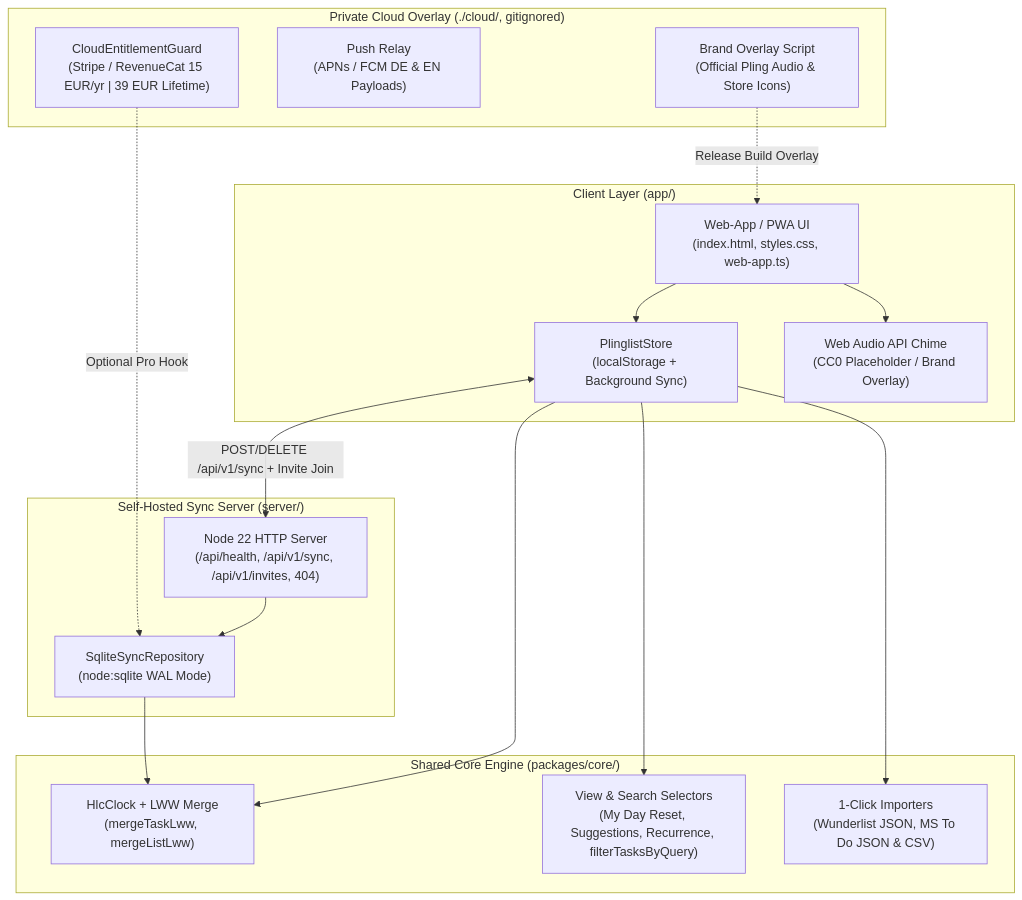
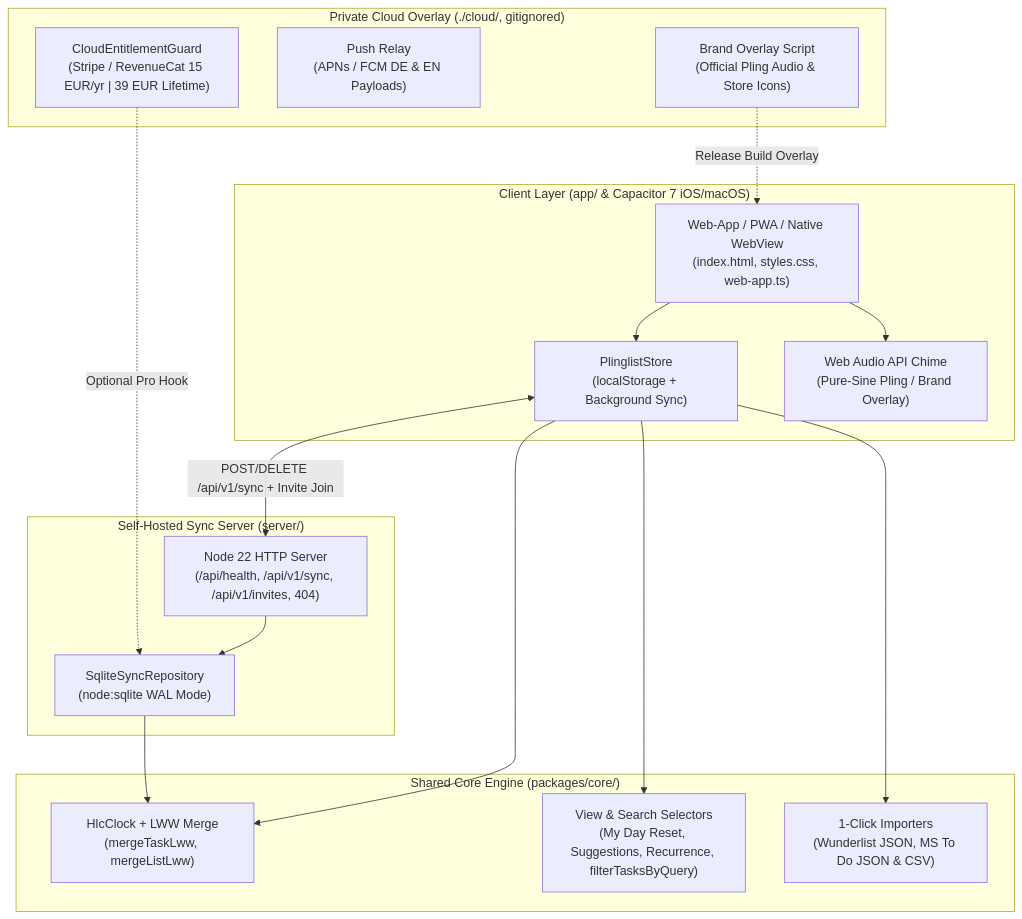
The diagram in ARCHITECTURE.md (thefraggle/plinglist), drawn with Mermaid before and after one commit. The commit also changed other lines of this file and 2 other files, not shown here.

Commit message:
docs: sync README, ARCHITECTURE and CHANGELOG with v0.1.19 iOS/macOS & audio updates

````diff
--- a/ARCHITECTURE.md
+++ b/ARCHITECTURE.md
@@ -19,36 +19,36 @@
 ```mermaid
 flowchart TB
-    subgraph Clients["Client Layer (app/)"]
-        WebUI["Web-App / PWA UI\n(index.html, styles.css, web-app.ts)"]
+    subgraph Clients["Client Layer (app/ & Capacitor 7 iOS/macOS)"]
+        WebUI["Web-App / PWA / Native WebView\n(index.html, styles.css, web-app.ts)"]
         Store["PlinglistStore\n(localStorage + Background Sync)"]
-        Audio["Web Audio API Chime\n(CC0 Placeholder / Brand Overlay)"]
+        Audio["Web Audio API Chime\n(Pure-Sine Pling / Brand Overlay)"]
         WebUI --> Store
         WebUI --> Audio
     end
 
     subgraph Core["Shared Core Engine (packages/core/)"]
         HLC["HlcClock + LWW Merge\n(mergeTaskLww, mergeListLww)"]
         Views["View & Search Selectors\n(My Day Reset, Suggestions, Recurrence, filterTasksByQuery)"]
         Importers["1-Click Importers\n(Wunderlist JSON, MS To Do JSON & CSV)"]
         Store --> HLC
         Store --> Views
         Store --> Importers
     end
 
     subgraph Server["Self-Hosted Sync Server (server/)"]
         HTTP["Node 22 HTTP Server\n(/api/health, /api/v1/sync, /api/v1/invites, 404)"]
         Repo["SqliteSyncRepository\n(node:sqlite WAL Mode)"]
         HTTP --> Repo
         Repo --> HLC
     end
 
     subgraph Cloud["Private Cloud Overlay (./cloud/, gitignored)"]
         Guard["CloudEntitlementGuard\n(Stripe / RevenueCat 15 EUR/yr | 39 EUR Lifetime)"]
         Push["Push Relay\n(APNs / FCM DE & EN Payloads)"]
         Assets["Brand Overlay Script\n(Official Pling Audio & Store Icons)"]
     end
 
     Store <-->|POST/DELETE /api/v1/sync + Invite Join| HTTP
     Guard -.->|Optional Pro Hook| Repo
     Assets -.->|Release Build Overlay| WebUI
 ```
````
